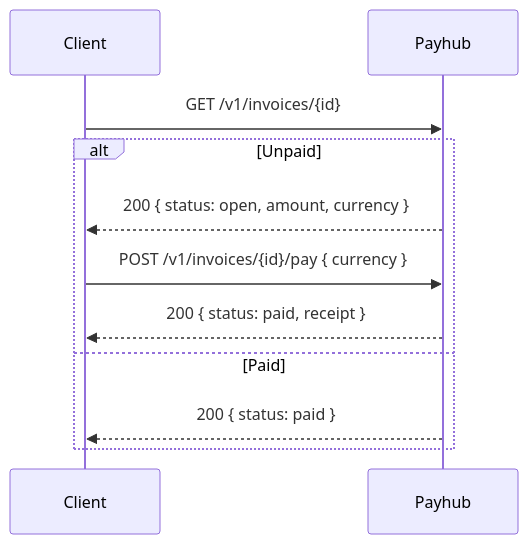
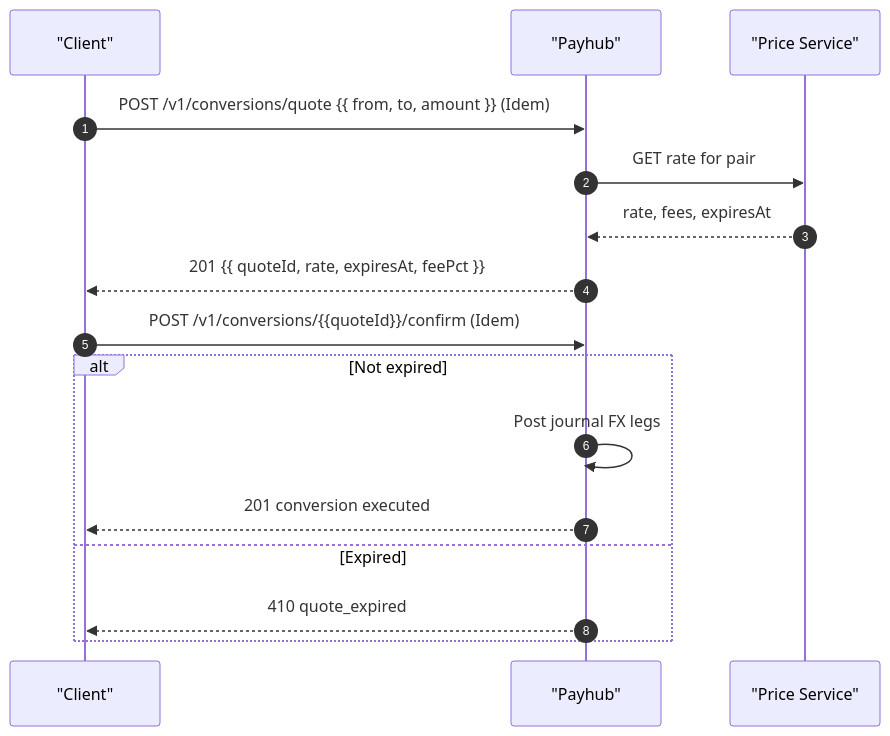
The fifth of 5 diagrams in SystemDesign.md (bkkac/tg-miniapp-payhub-service), drawn with Mermaid before and after one commit. The commit also changed other lines of this file, not shown here.

````diff
--- a/SystemDesign.md
+++ b/SystemDesign.md
@@ -528,14 +491,18 @@
 ```mermaid
 sequenceDiagram
-  participant UI as Client
-  participant PAY as Payhub
-
-  UI->>PAY: GET /v1/invoices/{id}
-  alt Unpaid
-    PAY-->>UI: 200 { status: open, amount, currency }
-    UI->>PAY: POST /v1/invoices/{id}/pay { currency }
-    PAY-->>UI: 200 { status: paid, receipt }
-  else Paid
-    PAY-->>UI: 200 { status: paid }
+  autonumber
+  participant UI as "Client"
+  participant PAY as "Payhub"
+  participant PR as "Price Service"
+  UI->>PAY: POST /v1/conversions/quote {{ from, to, amount }} (Idem)
+  PAY->>PR: GET rate for pair
+  PR-->>PAY: rate, fees, expiresAt
+  PAY-->>UI: 201 {{ quoteId, rate, expiresAt, feePct }}
+  UI->>PAY: POST /v1/conversions/{{quoteId}}/confirm (Idem)
+  alt Not expired
+    PAY->>PAY: Post journal FX legs
+    PAY-->>UI: 201 conversion executed
+  else Expired
+    PAY-->>UI: 410 quote_expired
   end
 ```
````
